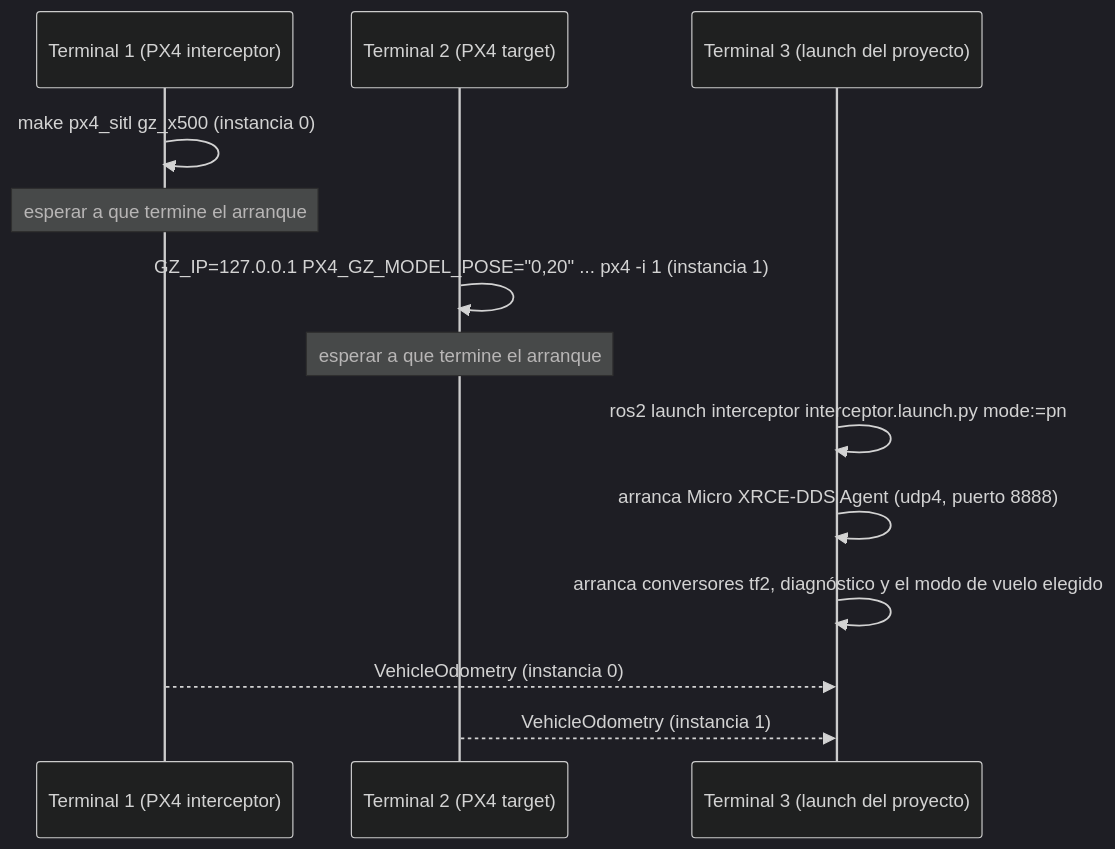
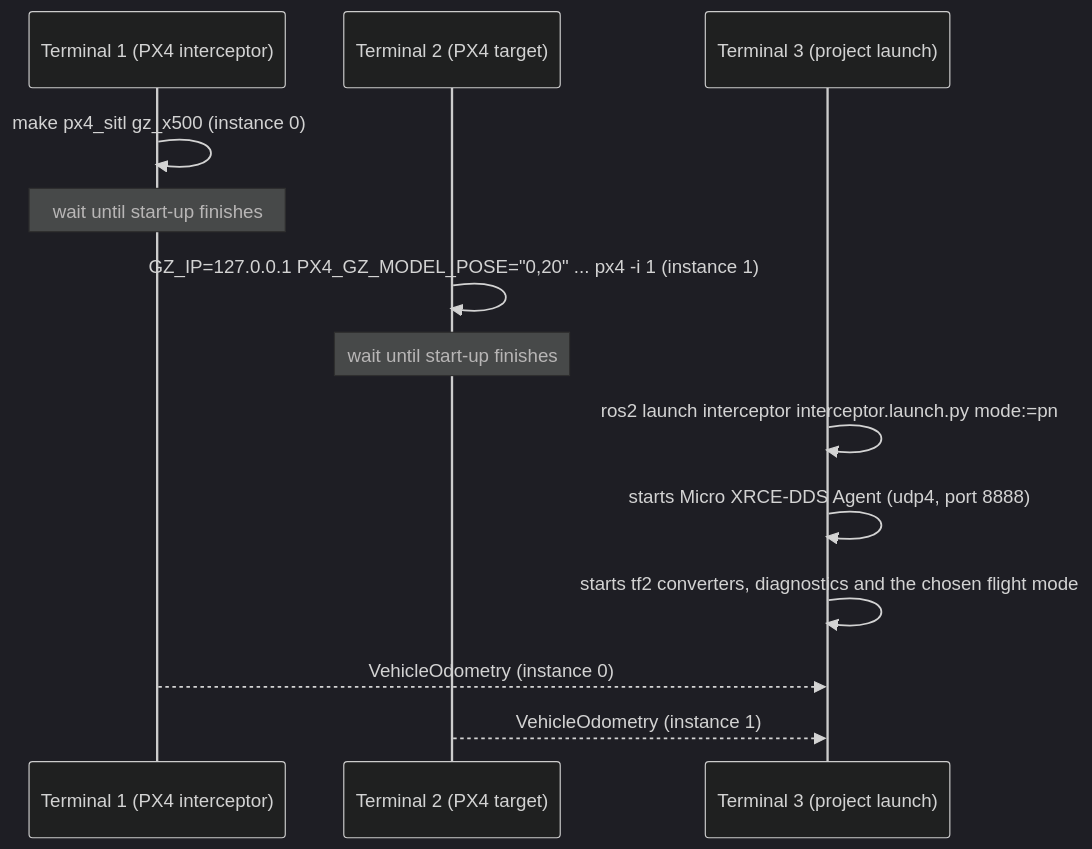
Before and after one commit to PACO-Interceptor/ws_interceptor: the diagram in docs/wiki/Simulation.md, drawn with Mermaid. The commit also changed other lines of this file and 17 other files, not shown here.

````diff
--- a/docs/wiki/Simulation.md
+++ b/docs/wiki/Simulation.md
@@ -94,17 +94,17 @@
 ```mermaid
 %%{init: {"theme": "dark"}}%%
 sequenceDiagram
     participant T1 as Terminal 1 (PX4 interceptor)
     participant T2 as Terminal 2 (PX4 target)
-    participant T3 as Terminal 3 (launch del proyecto)
+    participant T3 as Terminal 3 (project launch)
 
-    T1->>T1: make px4_sitl gz_x500 (instancia 0)
-    Note over T1: esperar a que termine el arranque
-    T2->>T2: GZ_IP=127.0.0.1 PX4_GZ_MODEL_POSE="0,20" ... px4 -i 1 (instancia 1)
-    Note over T2: esperar a que termine el arranque
+    T1->>T1: make px4_sitl gz_x500 (instance 0)
+    Note over T1: wait until start-up finishes
+    T2->>T2: GZ_IP=127.0.0.1 PX4_GZ_MODEL_POSE="0,20" ... px4 -i 1 (instance 1)
+    Note over T2: wait until start-up finishes
     T3->>T3: ros2 launch interceptor interceptor.launch.py mode:=pn
-    T3->>T3: arranca Micro XRCE-DDS Agent (udp4, puerto 8888)
-    T3->>T3: arranca conversores tf2, diagnóstico y el modo de vuelo elegido
-    T1-->>T3: VehicleOdometry (instancia 0)
-    T2-->>T3: VehicleOdometry (instancia 1)
+    T3->>T3: starts Micro XRCE-DDS Agent (udp4, port 8888)
+    T3->>T3: starts tf2 converters, diagnostics and the chosen flight mode
+    T1-->>T3: VehicleOdometry (instance 0)
+    T2-->>T3: VehicleOdometry (instance 1)
 ```
````
